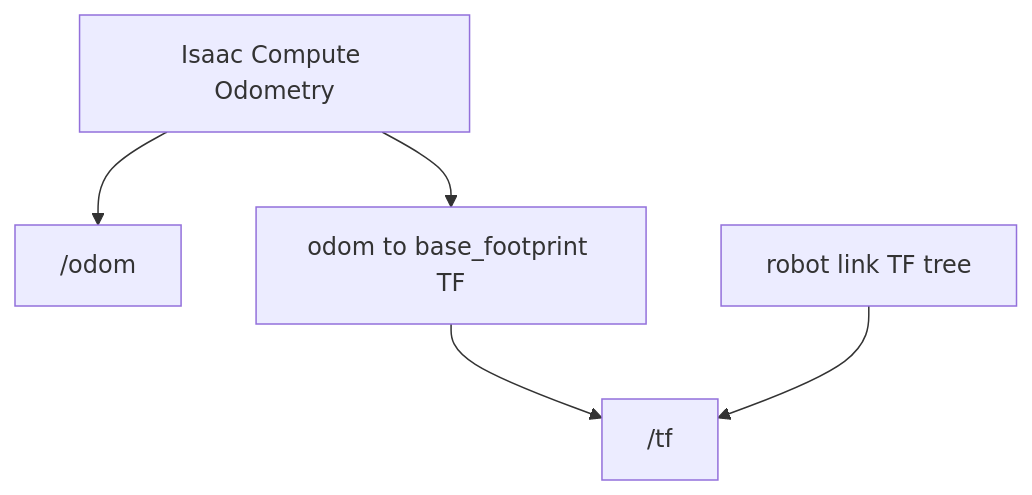
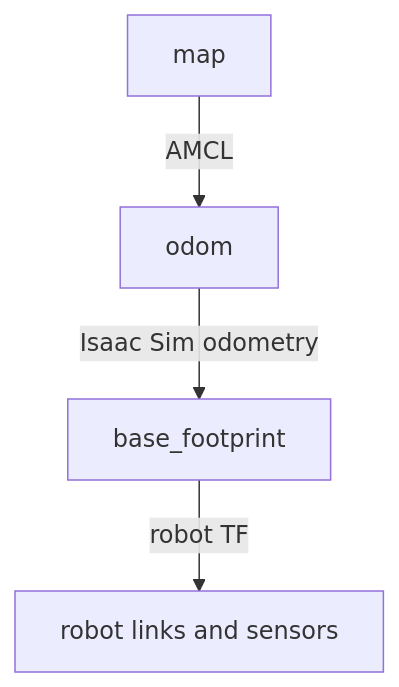
Diagram 11 of 13 in _teaching/Robotics-Systems-I/labs/lab-03-isaac-sim/index.md (Tatwik19/Tatwik19.github.io), drawn with Mermaid before and after one commit. The commit also changed other lines of this file, not shown here.

First line of the commit message:
Enhance lab-03 Isaac Sim instructions

````diff
--- a/_teaching/Robotics-Systems-I/labs/lab-03-isaac-sim/index.md
+++ b/_teaching/Robotics-Systems-I/labs/lab-03-isaac-sim/index.md
@@ -2300,13 +2650,6 @@
 ```mermaid
 flowchart TD
-    OdomNode["Isaac Compute Odometry"]
-    OdomTopic["/odom"]
-    RawTF["odom to base_footprint TF"]
-    LinkTF["robot link TF tree"]
-    TFTopic["/tf"]
-
-    OdomNode --> OdomTopic
-    OdomNode --> RawTF
-    RawTF --> TFTopic
-    LinkTF --> TFTopic
+    Map["map"] -->|"AMCL"| Odom["odom"]
+    Odom -->|"Isaac Sim odometry"| Base["base_footprint"]
+    Base -->|"robot TF"| Links["robot links and sensors"]
 ```
````
